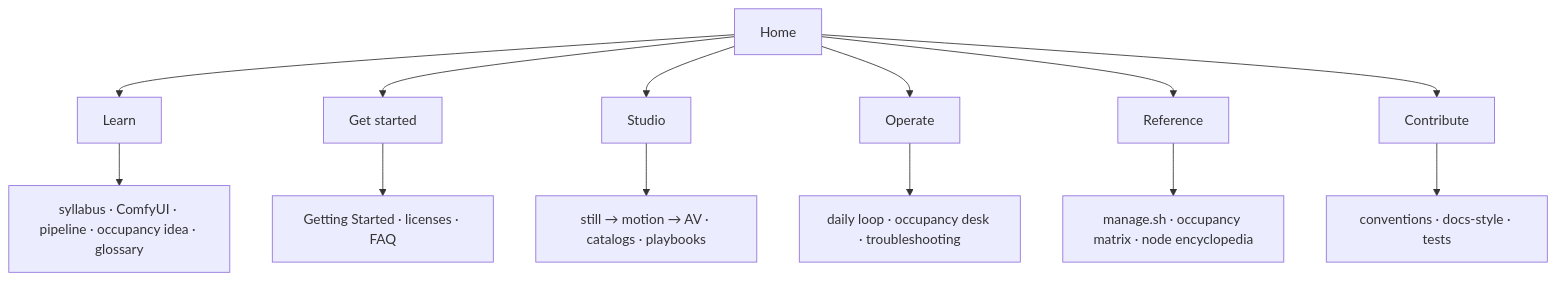
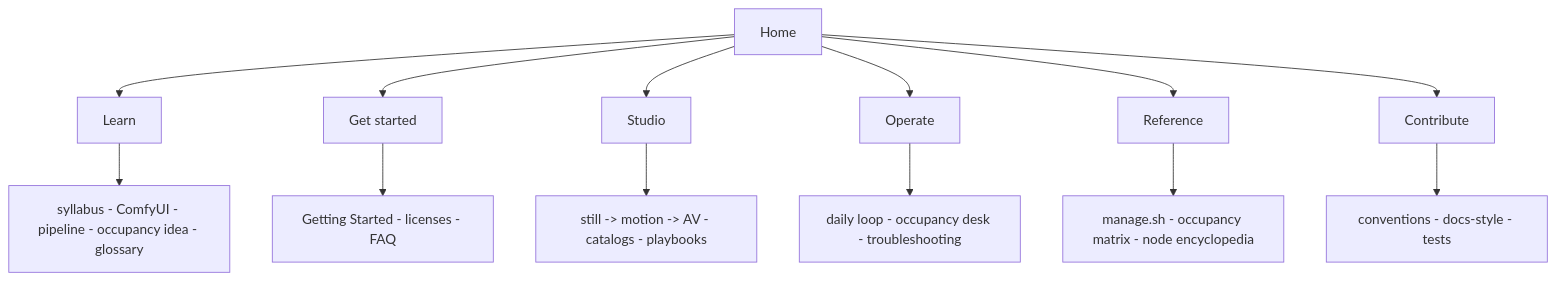
One commit to toxicoder/ez-comfy-stack changed the third of 3 diagrams in docs/index.mdx. Above: the diagram before and after it, drawn with Mermaid. The commit also changed other lines of this file and 1894 other files, not shown here.

````diff
--- a/docs/index.mdx
+++ b/docs/index.mdx
@@ -141,15 +141,15 @@
 ```mermaid
 flowchart TB
   Home["Home"] --> Learn["Learn"]
   Home --> Start["Get started"]
   Home --> Studio["Studio"]
   Home --> Operate["Operate"]
   Home --> Ref["Reference"]
   Home --> Contribute["Contribute"]
-  Learn --> L1["syllabus · ComfyUI · pipeline · occupancy idea · glossary"]
-  Start --> S1["Getting Started · licenses · FAQ"]
-  Studio --> C1["still → motion → AV · catalogs · playbooks"]
-  Operate --> O1["daily loop · occupancy desk · troubleshooting"]
-  Ref --> R1["manage.sh · occupancy matrix · node encyclopedia"]
-  Contribute --> N1["conventions · docs-style · tests"]
+  Learn --> L1["syllabus - ComfyUI - pipeline - occupancy idea - glossary"]
+  Start --> S1["Getting Started - licenses - FAQ"]
+  Studio --> C1["still -> motion -> AV - catalogs - playbooks"]
+  Operate --> O1["daily loop - occupancy desk - troubleshooting"]
+  Ref --> R1["manage.sh - occupancy matrix - node encyclopedia"]
+  Contribute --> N1["conventions - docs-style - tests"]
 ```
````
